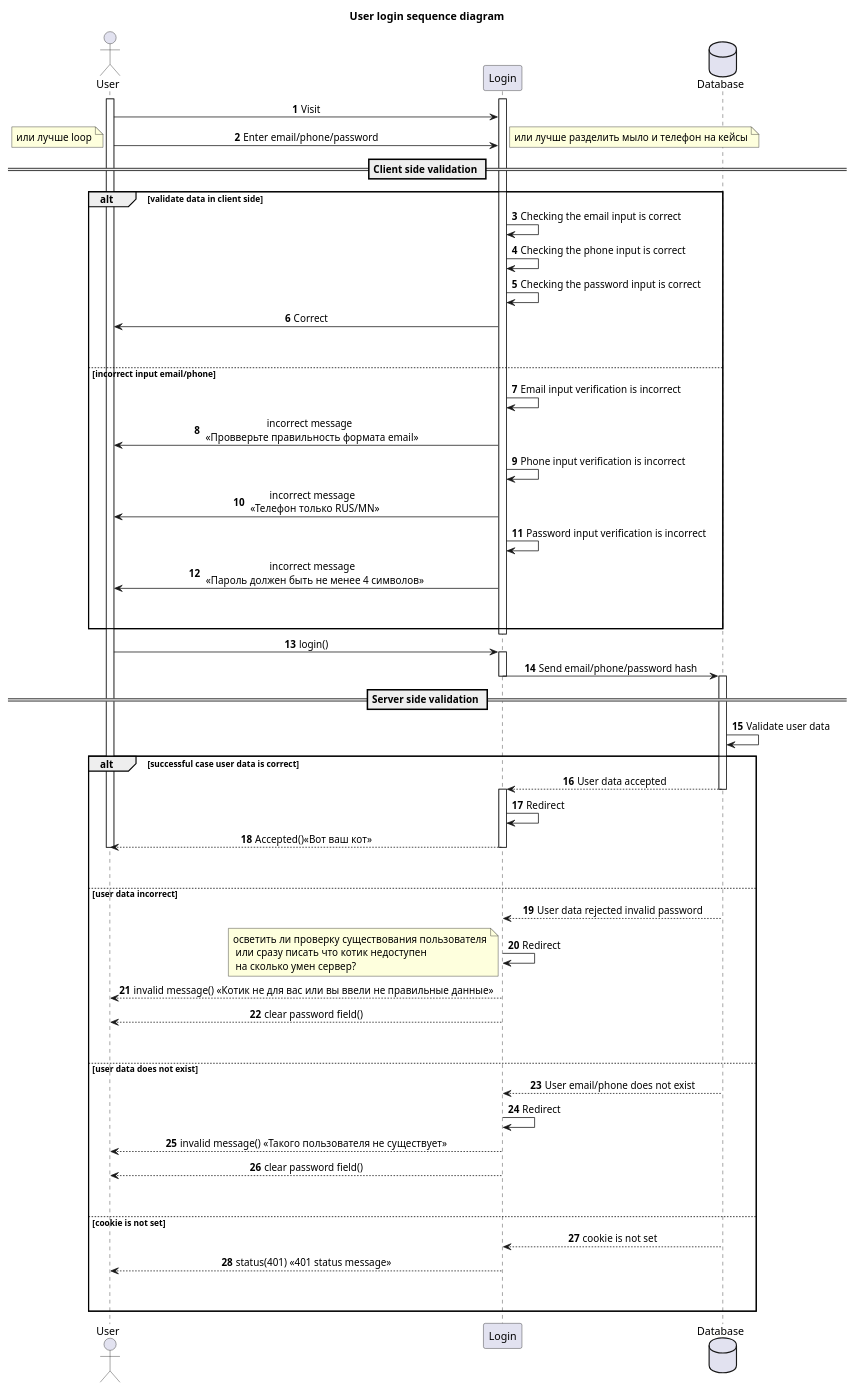
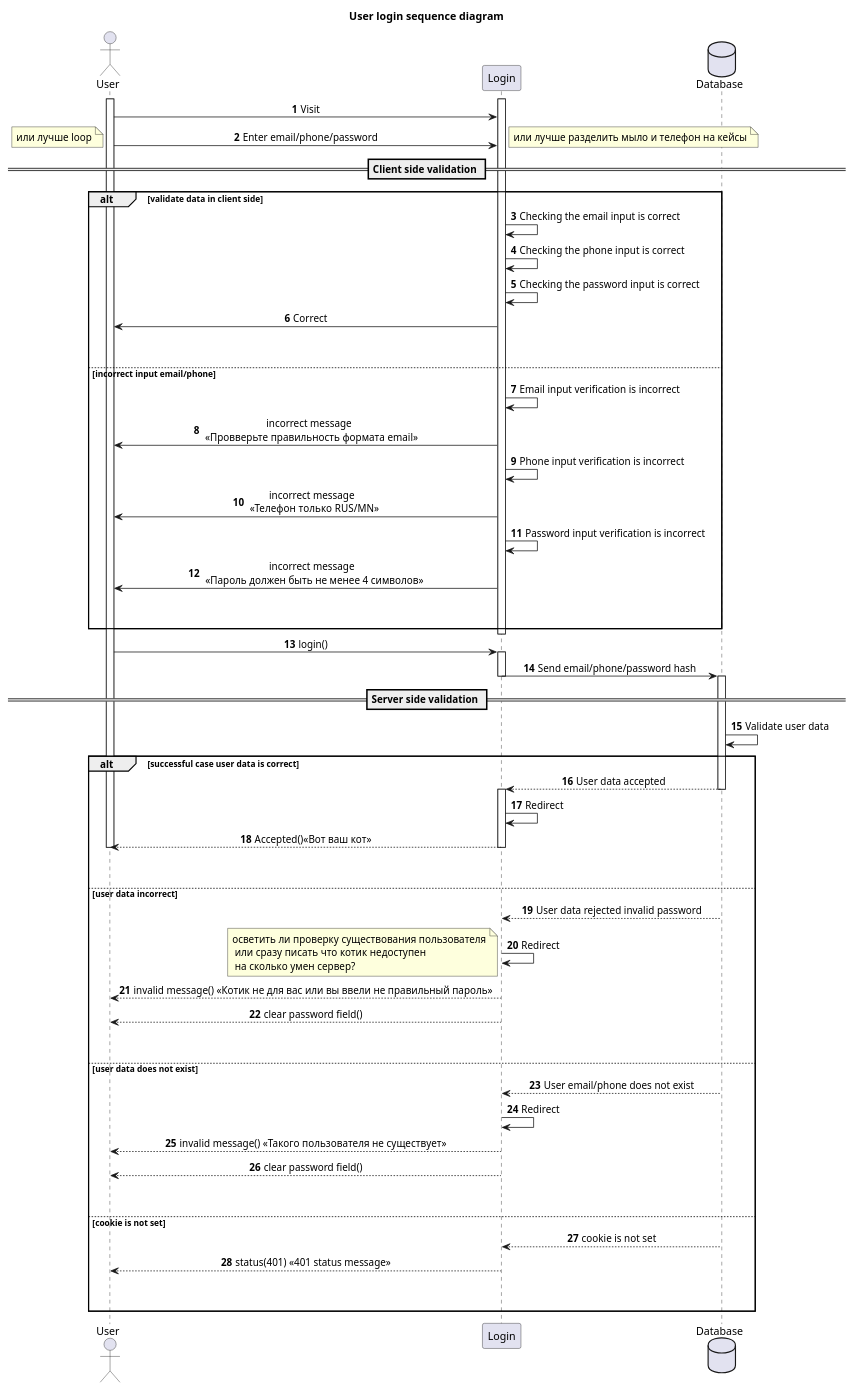
The diagram in Sucsessful_unsucsessful UML.puml (godoxyfair/igumenova_rmr_hw_server), drawn with PlantUML before and after one commit.

Commit message:
(un)successful case in progress (need hints)

```diff
--- a/Sucsessful_unsucsessful UML.puml
+++ b/Sucsessful_unsucsessful UML.puml
@@ -1,74 +1,74 @@
 @startuml
 'https://plantuml.com/sequence-diagram
 
 autonumber
 title User login sequence diagram
 actor User
 participant Login
 database  Database
 activate User
 activate Login
 
 skinparam sequenceMessageAlign center
 
 User -> Login: Visit
 User -> Login : Enter email/phone/password
 == Client side validation ==
 note right: или лучше разделить мыло и телефон на кейсы
 note left: или лучше loop
 alt validate data in client side
     Login -> Login: Checking the email input is correct
     Login -> Login: Checking the phone input is correct
     Login -> Login: Checking the password input is correct
     Login -> User: Correct
 ||45||
 else incorrect input email/phone
     Login -> Login: Email input verification is incorrect
     Login -> User: incorrect message \n <<Провверьте правильность формата email>>
     Login -> Login: Phone input verification is incorrect
     Login -> User: incorrect message \n <<Телефон только RUS/MN>>
     Login -> Login: Password input verification is incorrect
     Login -> User: incorrect message \n <<Пароль должен быть не менее 4 символов>>
 ||45||
 end
 
 deactivate Login
 User -> Login : login()
 
 activate Login
 Login -> Database: Send email/phone/password hash
 == Server side validation ==
 deactivate Login
 
 activate Database
 Database -> Database: Validate user data
 
 alt successful case user data is correct
     Database --> Login : User data accepted
     deactivate Database
     activate Login
     Login -> Login : Redirect
     Login --> User: Accepted()<<Вот ваш кот>>
     deactivate Login
     deactivate User
 ||45||
 else user data incorrect
     Database --> Login: User data rejected invalid password
     Login -> Login: Redirect
     note left: осветить ли проверку существования пользователя\n или сразу писать что котик недоступен\n на сколько умен сервер?
-    Login --> User: invalid message() <<Котик не для вас или вы ввели не правильные данные>>
+    Login --> User: invalid message() <<Котик не для вас или вы ввели не правильный пароль>>
     Login --> User: clear password field()
 ||45||
 else user data does not exist
     Database --> Login: User email/phone does not exist
     Login -> Login: Redirect
     Login --> User: invalid message() <<Такого пользователя не существует>>
     Login --> User: clear password field()
 ||45||
 else cookie is not set
     Database --> Login: cookie is not set
     Login --> User: status(401) <<401 status message>>
 ||45||
 end
 
 @enduml
```
